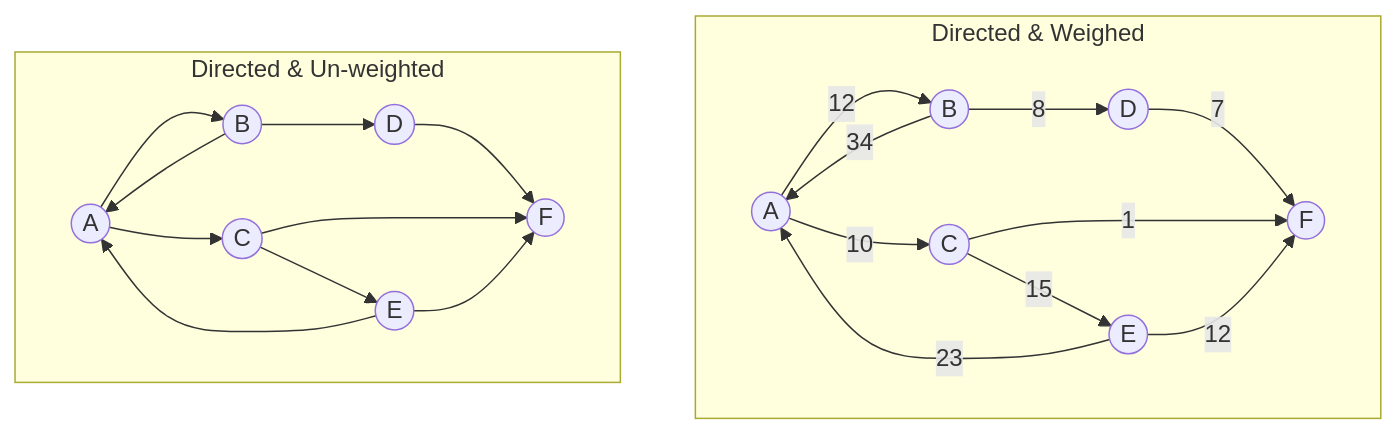
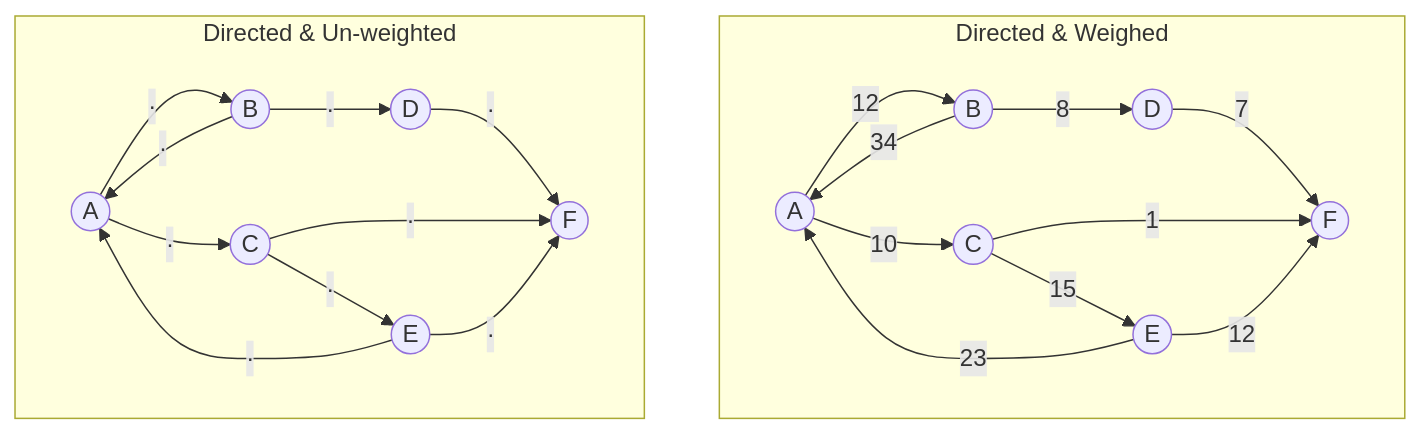
Before and after one commit to uncle-yi/uncle-yi.github.io: the fourth of 4 diagrams in _posts/2023-01-18-graph-neural-network-basics.md, drawn with Mermaid. The commit also changed other lines of this file, not shown here.

````diff
--- a/_posts/2023-01-18-graph-neural-network-basics.md
+++ b/_posts/2023-01-18-graph-neural-network-basics.md
@@ -131,39 +127,39 @@
 ```mermaid
 flowchart TB
 
 subgraph Directed & Weighed 
 A2(("A"));
 B2(("B"));
 C2(("C"));
 D2(("D"));
 E2(("E"));
 F2(("F"));
 A2--12-->B2;
 A2--10-->C2;
 C2--15-->E2;
 D2--7-->F2;
 C2--1-->F2;
 B2--8-->D2;
 E2--12-->F2;
 E2--23-->A2;
 B2--34-->A2;
 end
 
 subgraph Directed & Un-weighted
 A1(("A"));
 B1(("B"));
 C1(("C"));
 D1(("D"));
 E1(("E"));
 F1(("F"));
-A1-->B1;
-A1-->C1;
-C1-->E1;
-D1-->F1;
-C1-->F1;
-B1-->D1;
-E1-->F1;
-E1-->A1;
-B1-->A1;
+A1--"·"-->B1;
+A1--"·"-->C1;
+C1--"·"-->E1;
+D1--"·"-->F1;
+C1--"·"-->F1;
+B1--"·"-->D1;
+E1--"·"-->F1;
+E1--"·"-->A1;
+B1--"·"-->A1;
 end
 ```
````
